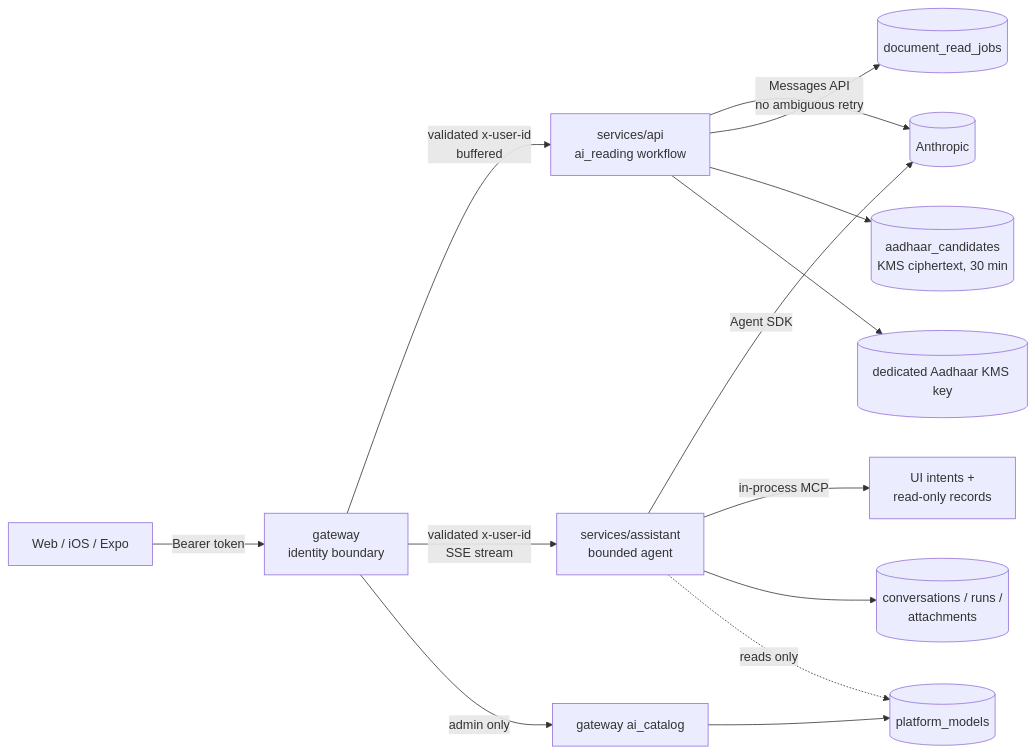
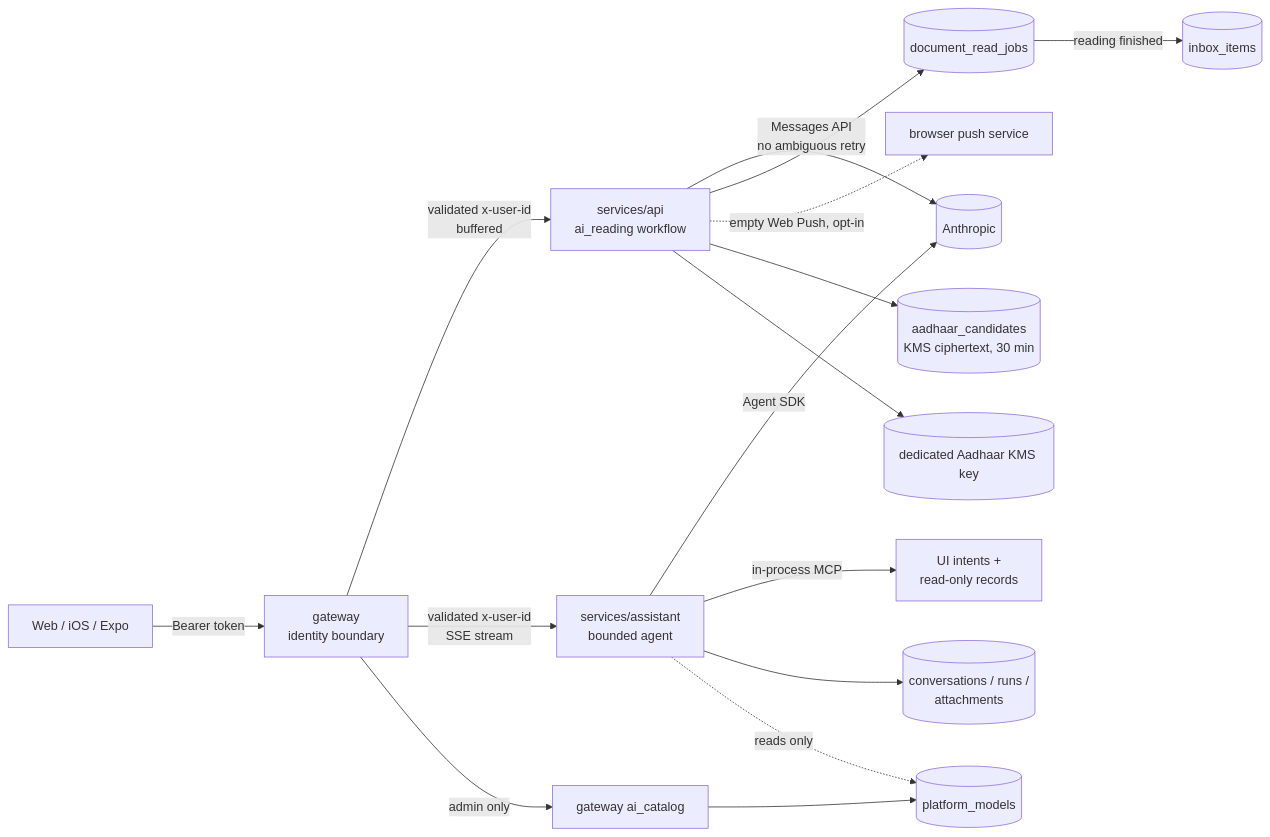
The diagram in docs/architecture/ai-system.md (reddy-sh/pattadar-platform), drawn with Mermaid before and after one commit. The commit also changed other lines of this file and 442 other files, not shown here.

````diff
--- a/docs/architecture/ai-system.md
+++ b/docs/architecture/ai-system.md
@@ -23,16 +23,18 @@
 ```mermaid
 flowchart LR
   C[Web / iOS / Expo] -->|Bearer token| G[gateway<br/>identity boundary]
   G -->|validated x-user-id<br/>buffered| API[services/api<br/>ai_reading workflow]
   G -->|validated x-user-id<br/>SSE stream| AST[services/assistant<br/>bounded agent]
   G -->|admin only| CAT[gateway ai_catalog]
   API -->|Messages API<br/>no ambiguous retry| ANT[(Anthropic)]
   AST -->|Agent SDK| ANT
   AST -->|in-process MCP| T[UI intents +<br/>read-only records]
   API --> J[(document_read_jobs)]
+  J -->|reading finished| IN[(inbox_items)]
+  API -.empty Web Push, opt-in.-> PS[browser push service]
   API --> AC[(aadhaar_candidates<br/>KMS ciphertext, 30 min)]
   API --> AKMS[(dedicated Aadhaar KMS key)]
   AST --> R[(conversations / runs /<br/>attachments)]
   CAT --> M[(platform_models)]
   AST -.reads only.-> M
 ```
````
